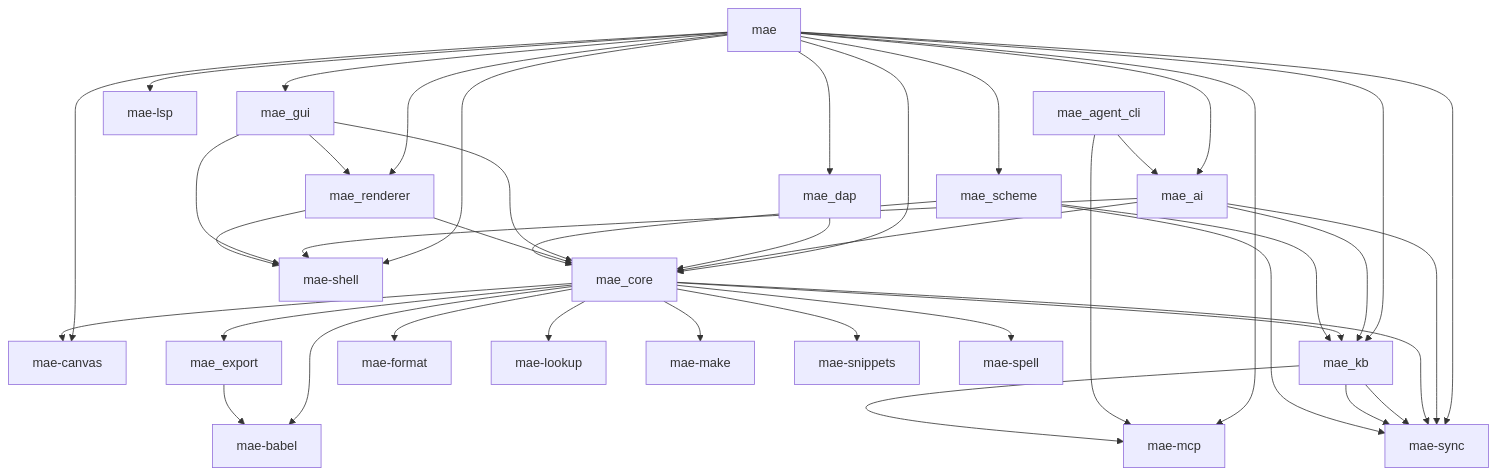
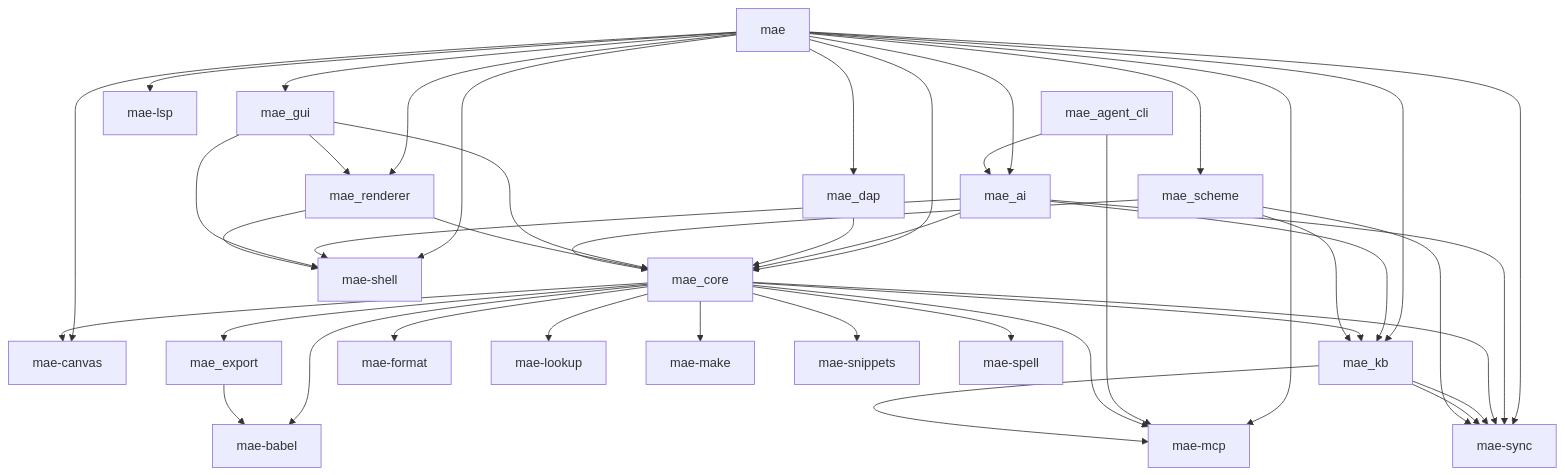
The diagram in docs/CODE_MAP.md (cuttlefisch/mae), drawn with Mermaid before and after one commit. The commit also changed 9 other files, not shown here.

````diff
--- a/docs/CODE_MAP.md
+++ b/docs/CODE_MAP.md
@@ -7,55 +7,56 @@
 ```mermaid
 graph TD
     mae --> mae_ai
     mae --> mae_canvas
     mae --> mae_core
     mae --> mae_dap
     mae --> mae_gui
     mae --> mae_kb
     mae --> mae_lsp
     mae --> mae_mcp
     mae --> mae_renderer
     mae --> mae_scheme
     mae --> mae_shell
     mae --> mae_sync
     mae_agent_cli --> mae_ai
     mae_agent_cli --> mae_mcp
     mae_ai --> mae_core
     mae_ai --> mae_kb
     mae_ai --> mae_shell
     mae_ai --> mae_sync
     mae_babel[mae-babel]
     mae_canvas[mae-canvas]
     mae_core --> mae_babel
     mae_core --> mae_canvas
     mae_core --> mae_export
     mae_core --> mae_format
     mae_core --> mae_kb
     mae_core --> mae_lookup
     mae_core --> mae_make
     mae_core --> mae_snippets
     mae_core --> mae_spell
     mae_core --> mae_sync
+    mae_core --> mae_mcp
     mae_dap --> mae_core
     mae_export --> mae_babel
     mae_format[mae-format]
     mae_gui --> mae_core
     mae_gui --> mae_renderer
     mae_gui --> mae_shell
     mae_kb --> mae_mcp
     mae_kb --> mae_sync
     mae_kb --> mae_sync
     mae_lookup[mae-lookup]
     mae_lsp[mae-lsp]
     mae_make[mae-make]
     mae_mcp[mae-mcp]
     mae_renderer --> mae_core
     mae_renderer --> mae_shell
     mae_scheme --> mae_core
     mae_scheme --> mae_kb
     mae_scheme --> mae_sync
     mae_shell[mae-shell]
     mae_snippets[mae-snippets]
     mae_spell[mae-spell]
     mae_sync[mae-sync]
 ```
````
